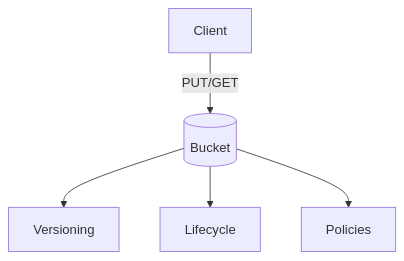
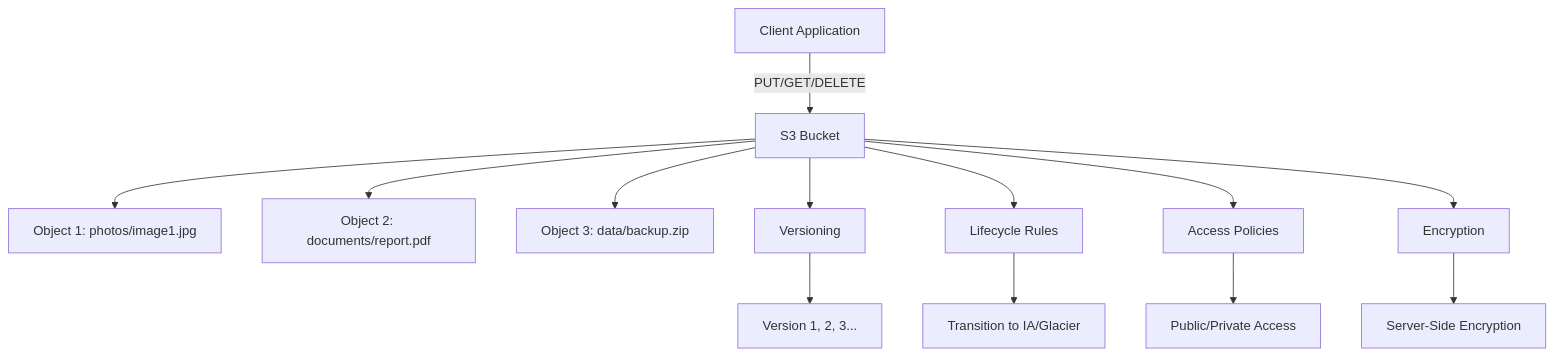
One commit to nik132-eng/CodeToArchitecture changed the first of 3 diagrams in book/src/certifications/aws-clf-c02/sections/07-core-services-storage-part1.md. Above: the diagram before and after it, drawn with Mermaid. The commit also changed other lines of this file and 13 other files, not shown here.

````diff
--- a/book/src/certifications/aws-clf-c02/sections/07-core-services-storage-part1.md
+++ b/book/src/certifications/aws-clf-c02/sections/07-core-services-storage-part1.md
@@ -10,7 +16,17 @@
 ```mermaid
 graph TD
-  U[Client] -->|PUT/GET| S3[(Bucket)]
-  S3 --> V[Versioning]
-  S3 --> L[Lifecycle]
-  S3 --> P[Policies]
+  A[Client Application] -->|PUT/GET/DELETE| B[S3 Bucket]
+  B --> C[Object 1: photos/image1.jpg]
+  B --> D[Object 2: documents/report.pdf]
+  B --> E[Object 3: data/backup.zip]
+  
+  B --> F[Versioning]
+  B --> G[Lifecycle Rules]
+  B --> H[Access Policies]
+  B --> I[Encryption]
+  
+  F --> J[Version 1, 2, 3...]
+  G --> K[Transition to IA/Glacier]
+  H --> L[Public/Private Access]
+  I --> M[Server-Side Encryption]
 ```
````
